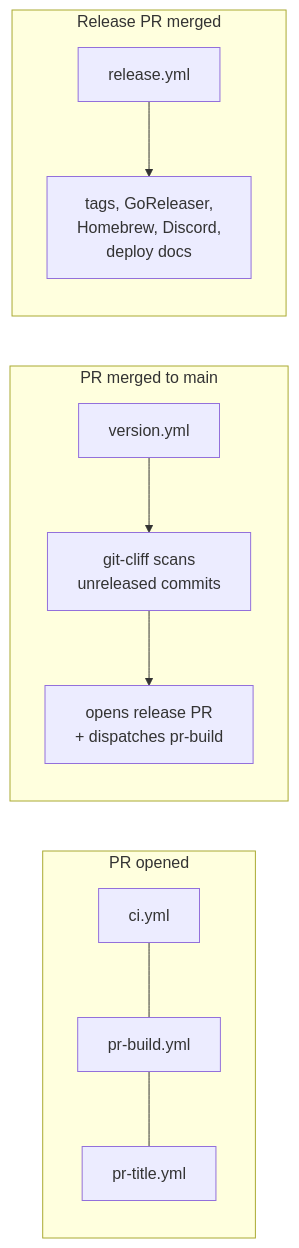
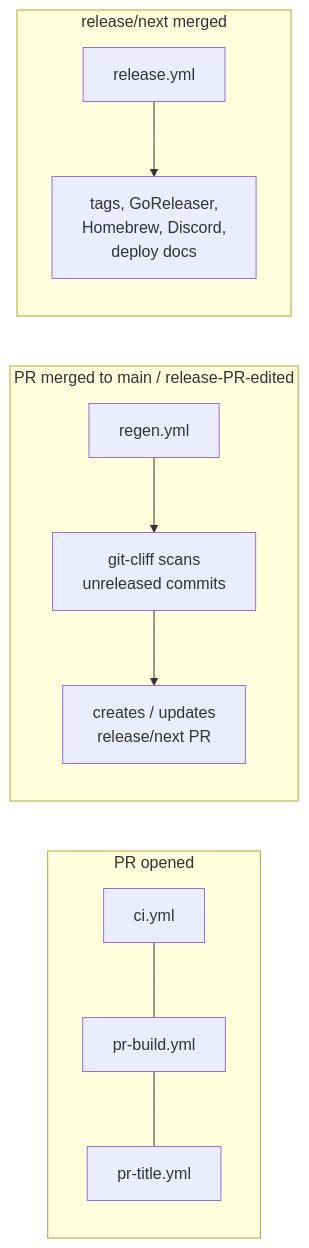
The diagram in .github/workflows/README.md (gmuxapp/gmux), drawn with Mermaid before and after one commit. The commit also changed other lines of this file and 1 other file, not shown here.

Commit message:
docs(release): document the new release flow

````diff
--- a/.github/workflows/README.md
+++ b/.github/workflows/README.md
@@ -5,17 +5,17 @@
 ```mermaid
 flowchart LR
   subgraph PR opened
     A1[ci.yml] --- A2[pr-build.yml] --- A3[pr-title.yml]
   end
 
-  subgraph PR merged to main
-    B1[version.yml]
+  subgraph PR merged to main / release-PR-edited
+    B1[regen.yml]
     B1 --> B2[git-cliff scans\nunreleased commits]
-    B2 --> B3[opens release PR\n+ dispatches pr-build]
+    B2 --> B3[creates / updates\nrelease/next PR]
   end
 
-  subgraph Release PR merged
+  subgraph release/next merged
     C1[release.yml]
     C1 --> C2[tags, GoReleaser,\nHomebrew, Discord,\ndeploy docs]
   end
 ```
````
